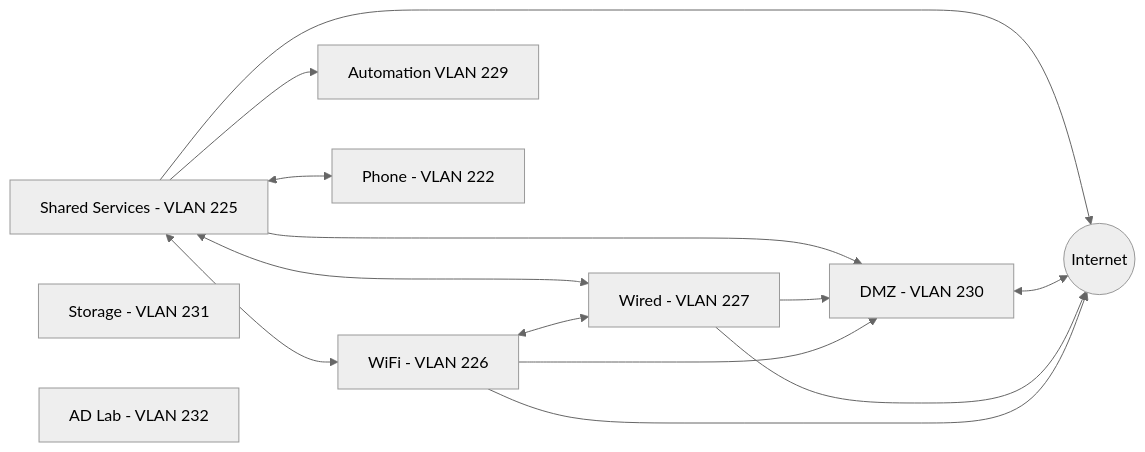
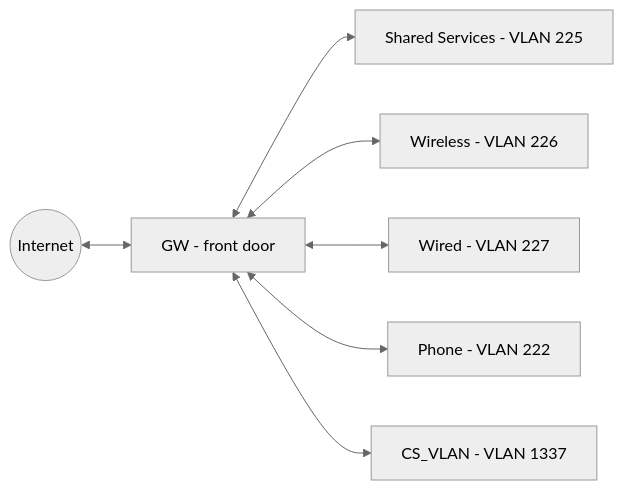
The second of 2 diagrams in docs/infrastructure/network_layout.md (leigh-hackspace/HackspaceWiki), drawn with Mermaid (neutral theme) before and after one commit. The commit also changed other lines of this file and 15 other files, not shown here.

````diff
--- a/docs/infrastructure/network_layout.md
+++ b/docs/infrastructure/network_layout.md
@@ -78,29 +87,17 @@
 ```mermaid
 graph LR
     INTERNET((Internet))
+    GW[GW - front door]
     SHARED[Shared Services - VLAN 225]
-    WiFi[WiFi - VLAN 226]
+    WiFi[Wireless - VLAN 226]
     WIRED[Wired - VLAN 227]
-    AUTOMATION[Automation VLAN 229]
-    DMZ[DMZ - VLAN 230]
-    STORAGE[Storage - VLAN 231]
-    ADLAB[AD Lab - VLAN 232]
     PHONE[Phone - VLAN 222]
+    CS[CS_VLAN - VLAN 1337]
 
-    SHARED --> INTERNET
-    SHARED --> DMZ
-    SHARED --> AUTOMATION
-    SHARED <--> WiFi
-    SHARED <--> WIRED
-    SHARED <--> PHONE
-
-    DMZ <--> INTERNET
-
-    WIRED --> DMZ
-    WIRED --> INTERNET
-
-    WiFi --> DMZ
-    WiFi --> INTERNET
-    WiFi <--> WIRED
-
+    INTERNET <--> GW
+    GW <--> SHARED
+    GW <--> WiFi
+    GW <--> WIRED
+    GW <--> PHONE
+    GW <--> CS
 ```
````
